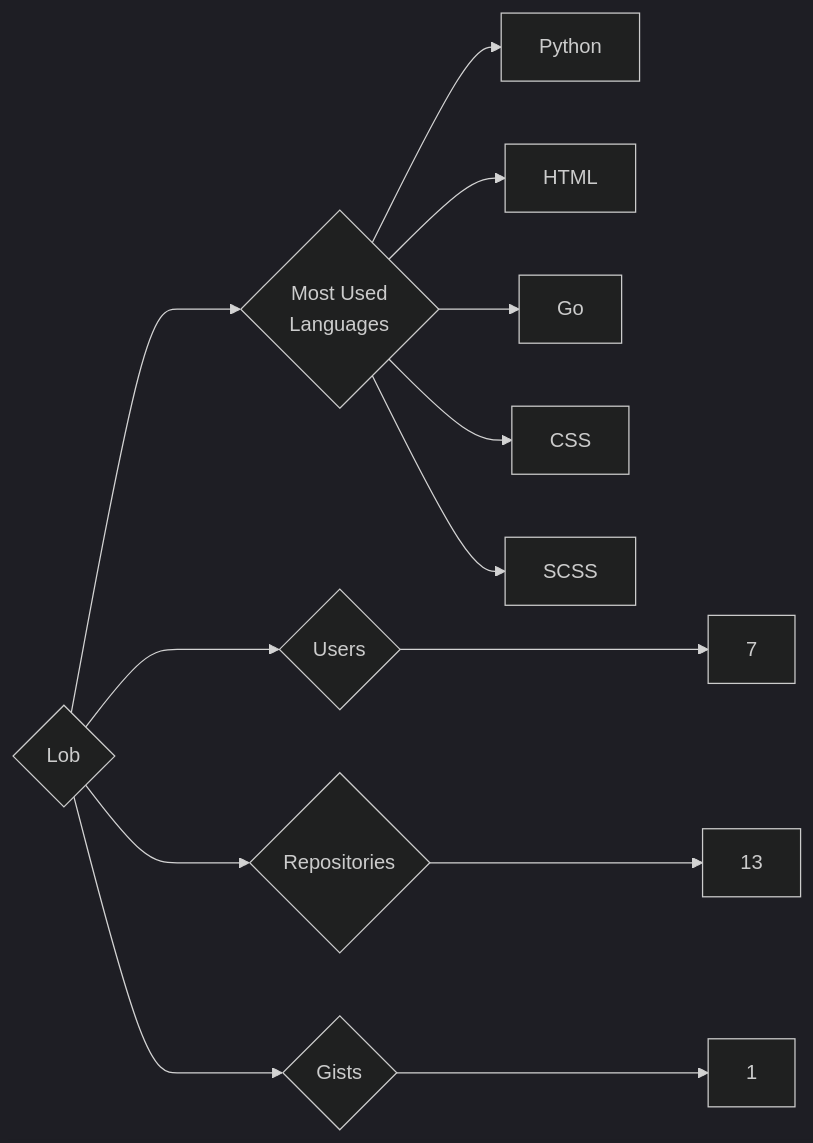
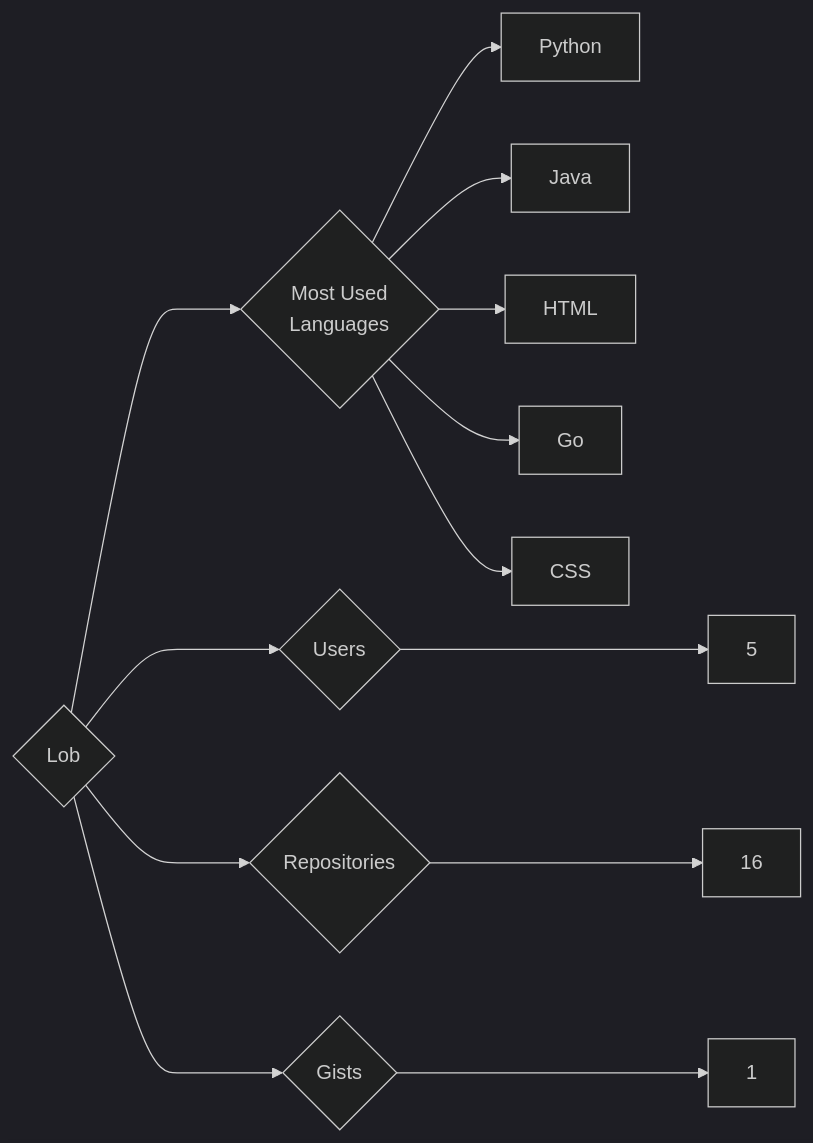
Before and after one commit to trickest/insiders: the diagram in targets/Lob/README.md, drawn with Mermaid (dark theme). The commit also changed 965 other files, not shown here.

````diff
--- a/targets/Lob/README.md
+++ b/targets/Lob/README.md
@@ -3,13 +3,13 @@
 ```mermaid
 graph LR
 COMPANY_NAME{Lob}
-COMPANY_NAME ---> U{Users} ---> UN[7]
-COMPANY_NAME ---> R{Repositories} ---> RN[13]
+COMPANY_NAME ---> U{Users} ---> UN[5]
+COMPANY_NAME ---> R{Repositories} ---> RN[16]
 COMPANY_NAME ---> G{Gists} ---> GN[1]
 COMPANY_NAME ---> ML{Most Used<br>Languages}
 ML --> Python[Python]
+ML --> Java[Java]
 ML --> HTML[HTML]
 ML --> Go[Go]
 ML --> CSS[CSS]
-ML --> SCSS[SCSS]
 ```
````
